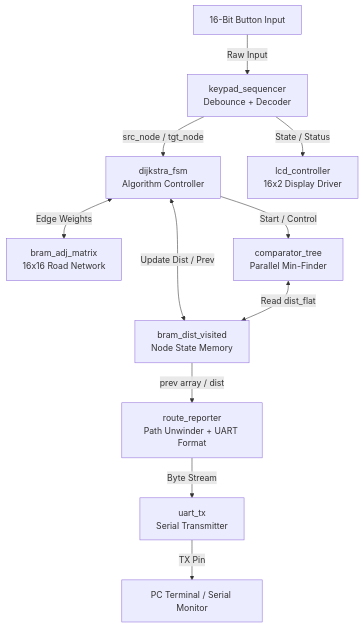
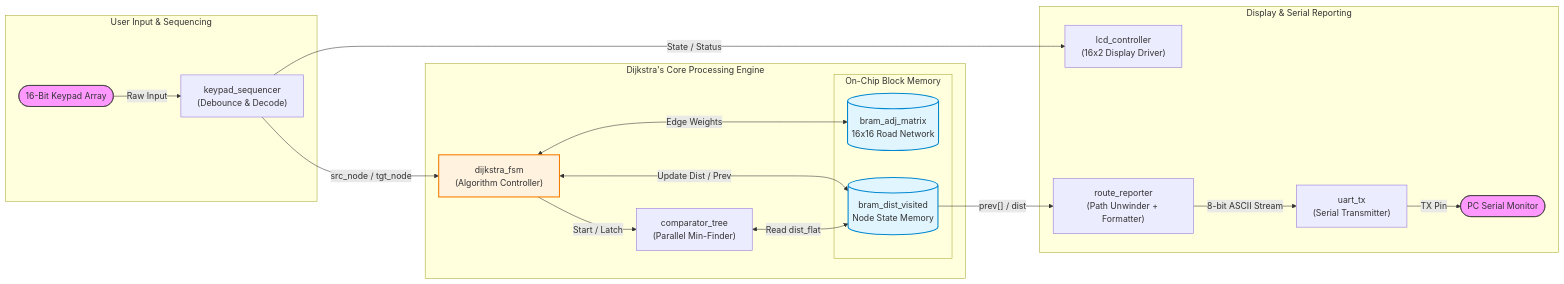
The diagram in README.md (nish-chitha/nishchitha-VIVEQA), drawn with Mermaid before and after one commit.

````diff
--- a/README.md
+++ b/README.md
@@ -20,15 +19,46 @@
 ```mermaid
-flowchart TD
-    A[16-Bit Button Input] -->|Raw Input| B[keypad_sequencer<br/>Debounce + Decoder]
-    B -->|src_node / tgt_node| C[dijkstra_fsm<br/>Algorithm Controller]
-    B -->|State / Status| D[lcd_controller<br/>16x2 Display Driver]
+flowchart LR
+    %% --- Custom Styling & Node Shapes ---
+    classDef io fill:#f9f,stroke:#333,stroke-width:1px
+    classDef mem fill:#e1f5fe,stroke:#0288d1,stroke-width:2px
+    classDef ctrl fill:#fff3e0,stroke:#f57c00,stroke-width:2px
+
+    %% --- Input Section ---
+    subgraph INPUT [" User Input & Sequencing "]
+        A(["16-Bit Keypad Array"]):::io
+        B["keypad_sequencer<br/>(Debounce & Decode)"]
+    end
+
+    %% --- Processing Engine ---
+    subgraph ENGINE [" Dijkstra's Core Processing Engine "]
+        C["dijkstra_fsm<br/>(Algorithm Controller)"]:::ctrl
+        F["comparator_tree<br/>(Parallel Min-Finder)"]
+        
+        subgraph MEM [" On-Chip Block Memory "]
+            E[("bram_adj_matrix<br/>16x16 Road Network")]:::mem
+            G[("bram_dist_visited<br/>Node State Memory")]:::mem
+        end
+    end
+
+    %% --- Output Section ---
+    subgraph OUTPUT [" Display & Serial Reporting "]
+        D["lcd_controller<br/>(16x2 Display Driver)"]
+        H["route_reporter<br/>(Path Unwinder + Formatter)"]
+        I["uart_tx<br/>(Serial Transmitter)"]
+        J(["PC Serial Monitor"]):::io
+    end
+
+    %% --- Connections ---
+    A -->|"Raw Input"| B
+    B -->|"src_node / tgt_node"| C
+    B -->|"State / Status"| D
     
-    C <-->|Edge Weights| E[bram_adj_matrix<br/>16x16 Road Network]
-    C -->|Start / Control| F[comparator_tree<br/>Parallel Min-Finder]
-    C <-->|Update Dist / Prev| G[bram_dist_visited<br/>Node State Memory]
+    C <-->|"Edge Weights"| E
+    C <-->|"Update Dist / Prev"| G
+    C -->|"Start / Latch"| F
+    F <-->|"Read dist_flat"| G
     
-    F <-->|Read dist_flat| G
-    G -->|prev array / dist| H[route_reporter<br/>Path Unwinder + UART Format]
-    H -->|Byte Stream| I[uart_tx<br/>Serial Transmitter]
-    I -->|TX Pin| J[PC Terminal / Serial Monitor]
+    G -->|"prev[] / dist"| H
+    H -->|"8-bit ASCII Stream"| I
+    I -->|"TX Pin"| J
 ```
````
